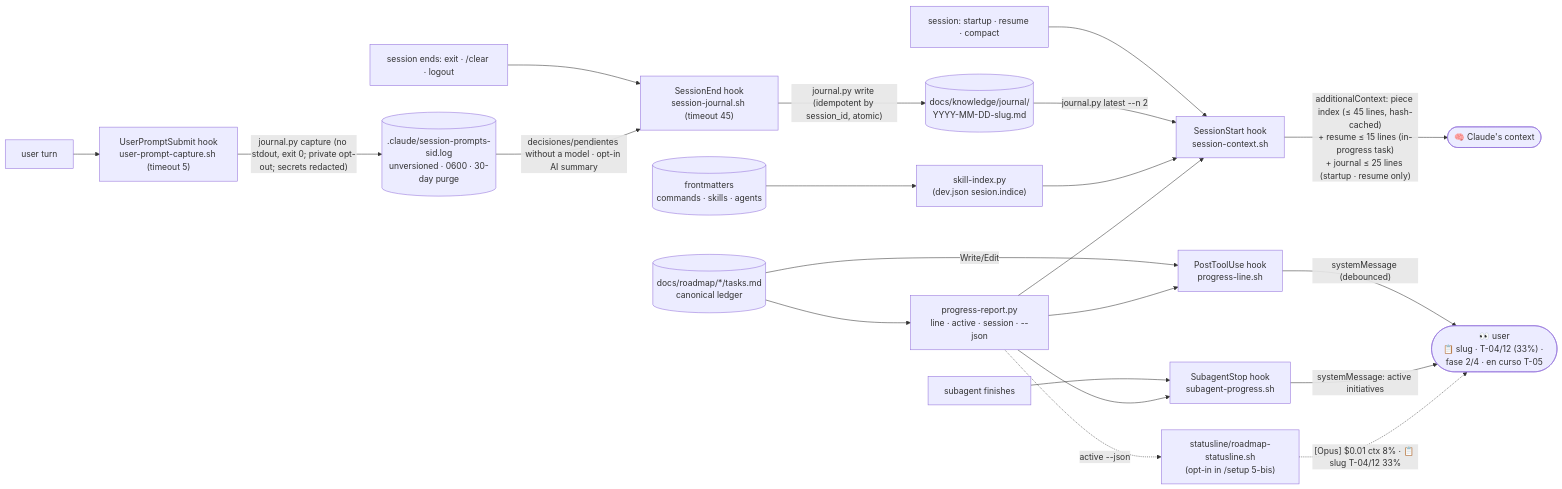
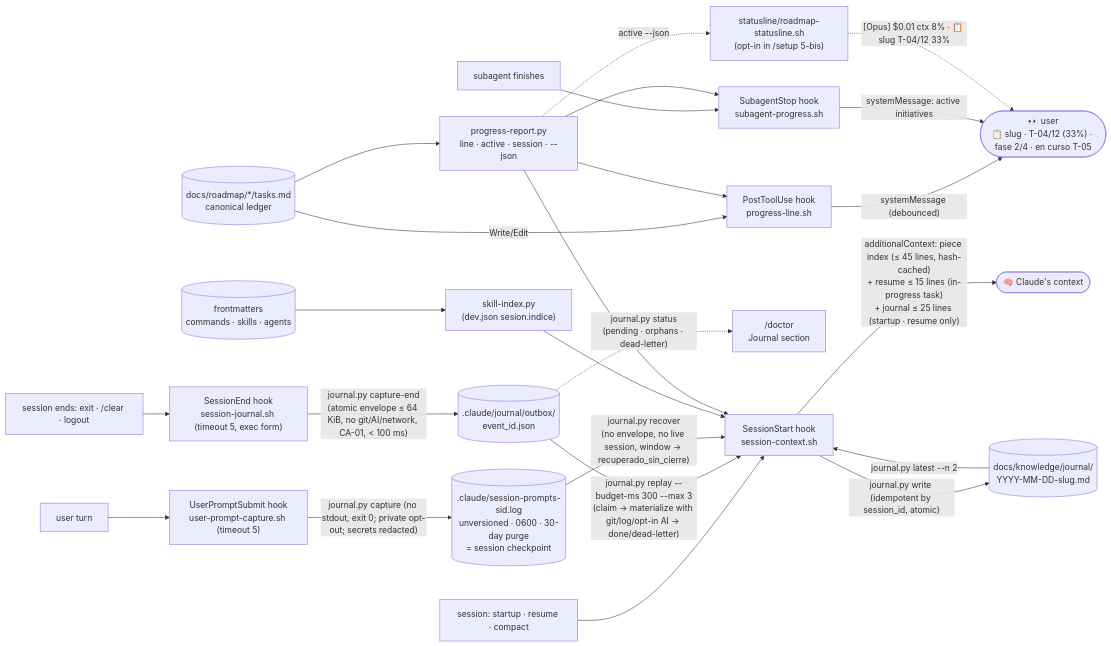
The tenth of 13 diagrams in docs/en/FLOWS.md (daycry/custom-agents), drawn with Mermaid before and after one commit. The commit also changed other lines of this file and 12 other files, not shown here.

````diff
--- a/docs/en/FLOWS.md
+++ b/docs/en/FLOWS.md
@@ -290,21 +296,24 @@
 ```mermaid
 flowchart LR
     L[("docs/roadmap/*/tasks.md<br/>canonical ledger")] -->|Write/Edit| H1["PostToolUse hook<br/>progress-line.sh"]
     H1 -->|"systemMessage (debounced)"| U(["👀 user<br/>📋 slug · T-04/12 (33%) · fase 2/4 · en curso T-05"])
     SA["subagent finishes"] --> H2["SubagentStop hook<br/>subagent-progress.sh"]
     H2 -->|"systemMessage: active initiatives"| U
     SS["session: startup · resume · compact"] --> H3["SessionStart hook<br/>session-context.sh"]
     H3 -->|"additionalContext: piece index (≤ 45 lines, hash-cached)<br/>+ resume ≤ 15 lines (in-progress task)<br/>+ journal ≤ 25 lines (startup · resume only)"| C(["🧠 Claude's context"])
     UP["user turn"] --> H5["UserPromptSubmit hook<br/>user-prompt-capture.sh (timeout 5)"]
-    H5 -->|"journal.py capture (no stdout, exit 0; private opt-out; secrets redacted)"| LOG[(".claude/session-prompts-sid.log<br/>unversioned · 0600 · 30-day purge")]
-    SE["session ends: exit · /clear · logout"] --> H4["SessionEnd hook<br/>session-journal.sh (timeout 45)"]
-    LOG -->|"decisiones/pendientes without a model · opt-in AI summary"| H4
-    H4 -->|"journal.py write (idempotent by session_id, atomic)"| J[("docs/knowledge/journal/<br/>YYYY-MM-DD-slug.md")]
+    H5 -->|"journal.py capture (no stdout, exit 0; private opt-out; secrets redacted)"| LOG[(".claude/session-prompts-sid.log<br/>unversioned · 0600 · 30-day purge<br/>= session checkpoint")]
+    SE["session ends: exit · /clear · logout"] --> H4["SessionEnd hook<br/>session-journal.sh (timeout 5, exec form)"]
+    H4 -->|"journal.py capture-end<br/>(atomic envelope ≤ 64 KiB, no git/AI/network, CA-01, &lt; 100 ms)"| OB[(".claude/journal/outbox/<br/>event_id.json")]
+    OB -->|"journal.py replay --budget-ms 300 --max 3<br/>(claim → materialize with git/log/opt-in AI → done/dead-letter)"| H3
+    LOG -->|"journal.py recover<br/>(no envelope, no live session, window → recuperado_sin_cierre)"| H3
+    H3 -->|"journal.py write (idempotent by session_id, atomic)"| J[("docs/knowledge/journal/<br/>YYYY-MM-DD-slug.md")]
     J -->|"journal.py latest --n 2"| H3
+    OB -.->|"journal.py status<br/>(pending · orphans · dead-letter)"| DOC["/doctor<br/>Journal section"]
     FM[("frontmatters<br/>commands · skills · agents")] --> SI["skill-index.py<br/>(dev.json sesion.indice)"]
     SI --> H3
     L --> P["progress-report.py<br/>line · active · session · --json"]
     P --> H1 & H2 & H3
     P -.->|"active --json"| SL["statusline/roadmap-statusline.sh<br/>(opt-in in /setup 5-bis)"]
     SL -.->|"[Opus] $0.01 ctx 8% · 📋 slug T-04/12 33%"| U
 ```
````
